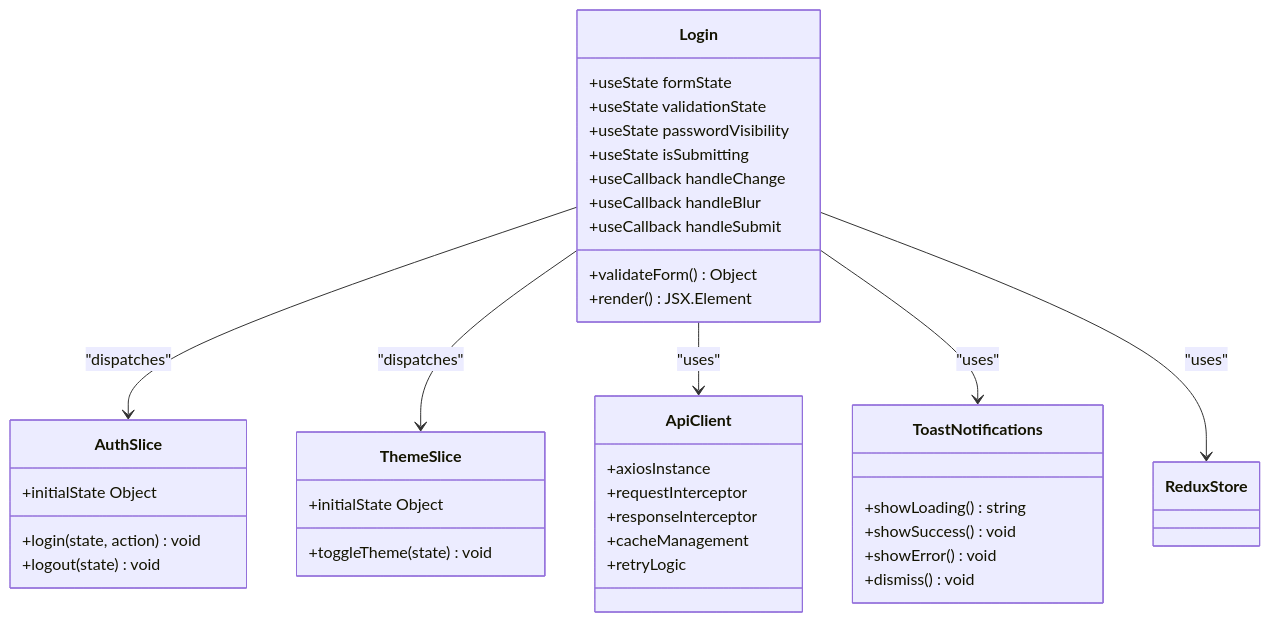
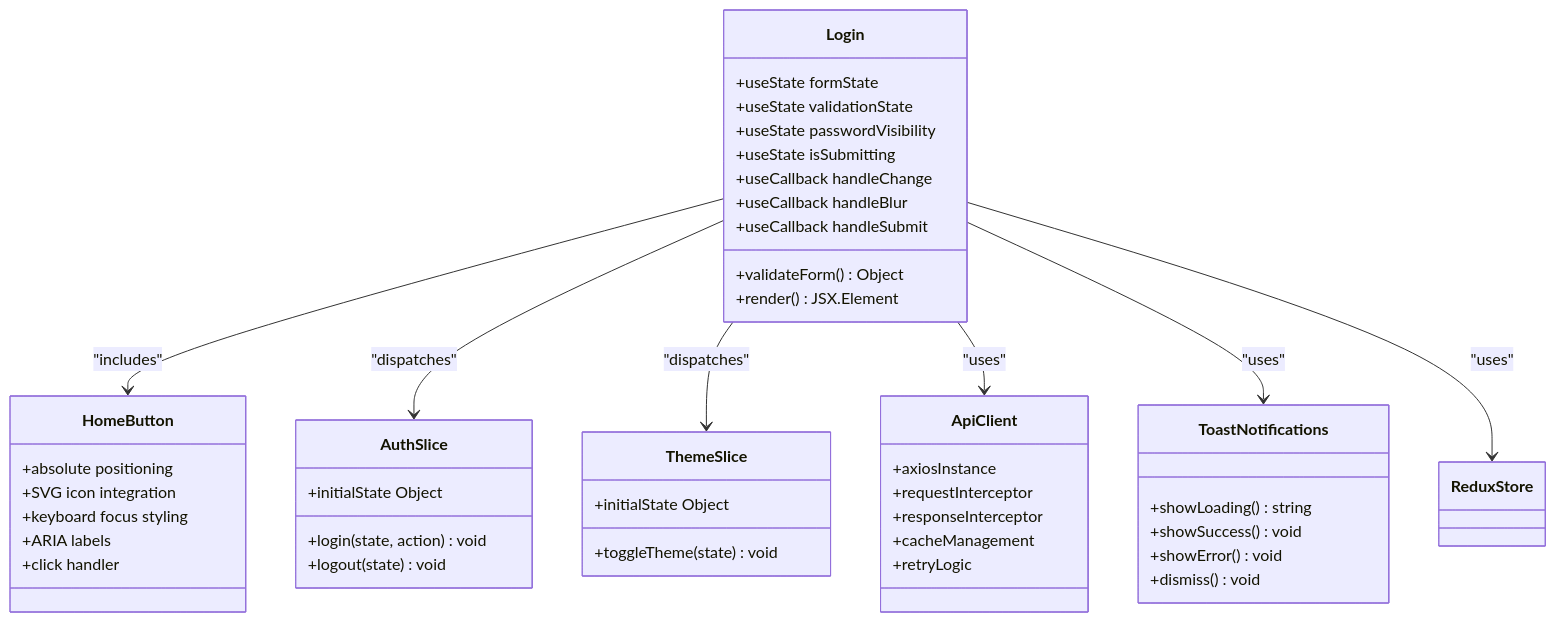
One commit to Aryan9060/Timetable-Project changed the second of 13 diagrams in .qoder/repowiki/en/content/Authentication & Authorization/Login Page Implementation.md. Above: the diagram before and after it, drawn with Mermaid. The commit also changed other lines of this file and 5 other files, not shown here.

````diff
--- a/.qoder/repowiki/en/content/Authentication & Authorization/Login Page Implementation.md
+++ b/.qoder/repowiki/en/content/Authentication & Authorization/Login Page Implementation.md
@@ -95,41 +100,49 @@
 ```mermaid
 classDiagram
 class Login {
 +useState formState
 +useState validationState
 +useState passwordVisibility
 +useState isSubmitting
 +useCallback handleChange
 +useCallback handleBlur
 +useCallback handleSubmit
 +validateForm() Object
 +render() JSX.Element
+}
+class HomeButton {
++absolute positioning
++SVG icon integration
++keyboard focus styling
++ARIA labels
++click handler
 }
 class AuthSlice {
 +initialState Object
 +login(state, action) void
 +logout(state) void
 }
 class ThemeSlice {
 +initialState Object
 +toggleTheme(state) void
 }
 class ApiClient {
 +axiosInstance
 +requestInterceptor
 +responseInterceptor
 +cacheManagement
 +retryLogic
 }
 class ToastNotifications {
 +showLoading() string
 +showSuccess() void
 +showError() void
 +dismiss() void
 }
+Login --> HomeButton : "includes"
 Login --> AuthSlice : "dispatches"
 Login --> ThemeSlice : "dispatches"
 Login --> ApiClient : "uses"
 Login --> ToastNotifications : "uses"
 Login --> ReduxStore : "uses"
 ```
````
